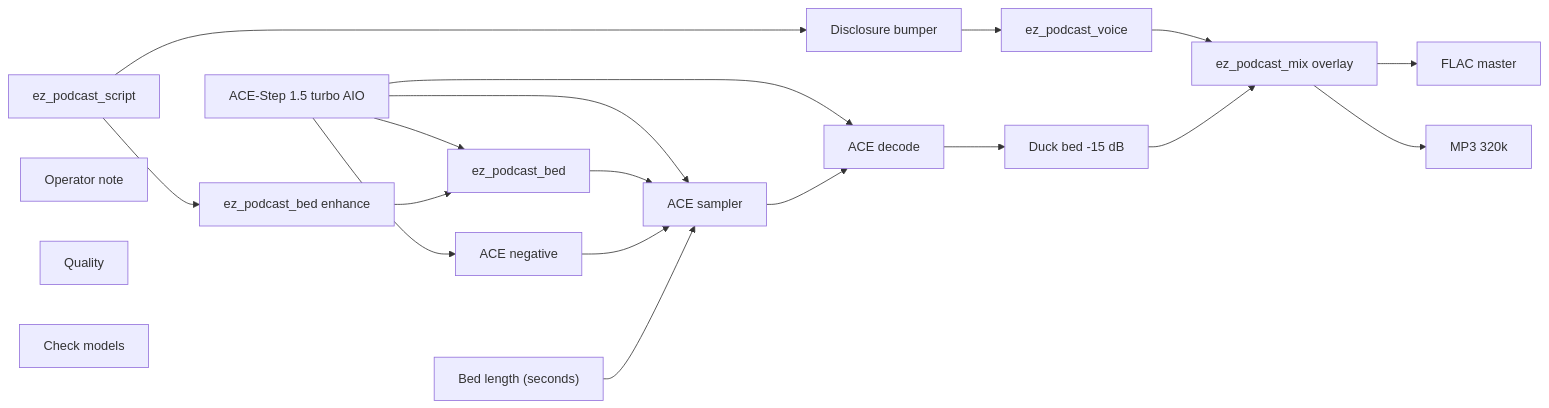
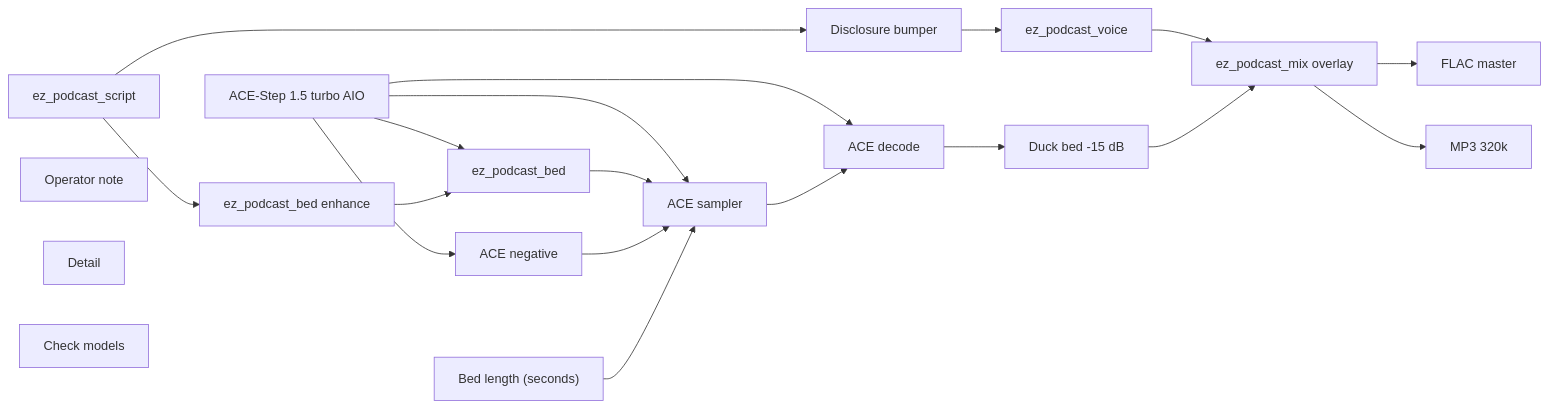
The diagram in docs/generated/workflows/audio/podcast/two-host-episode.md (toxicoder/ez-comfy-stack), drawn with Mermaid before and after one commit. The commit also changed other lines of this file and 881 other files, not shown here.

````diff
--- a/docs/generated/workflows/audio/podcast/two-host-episode.md
+++ b/docs/generated/workflows/audio/podcast/two-host-episode.md
@@ -57,37 +57,37 @@
 ```mermaid
 flowchart LR
   N1["ACE-Step 1.5 turbo AIO"]
   N2["ez_podcast_script"]
   N3["Disclosure bumper"]
   N4["ez_podcast_voice"]
   N5["ez_podcast_bed"]
   N6["ACE negative"]
   N7["Bed length (seconds)"]
   N8["ACE sampler"]
   N9["ACE decode"]
   N10["Duck bed -15 dB"]
   N11["ez_podcast_mix overlay"]
   N12["FLAC master"]
   N13["MP3 320k"]
   N14["Operator note"]
   N15["ez_podcast_bed enhance"]
-  N16["Quality"]
+  N16["Detail"]
   N17["Check models"]
   N1 --> N8
   N1 --> N5
   N1 --> N6
   N1 --> N9
   N2 --> N3
   N2 --> N15
   N3 --> N4
   N4 --> N11
   N5 --> N8
   N6 --> N8
   N7 --> N8
   N8 --> N9
   N9 --> N10
   N10 --> N11
   N11 --> N12
   N11 --> N13
   N15 --> N5
 ```
````
